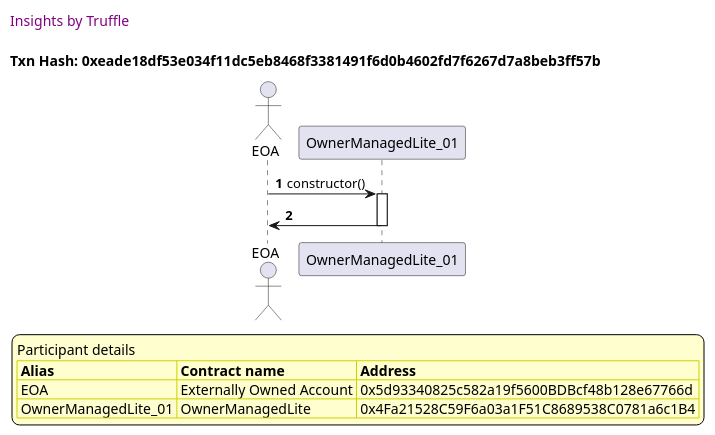
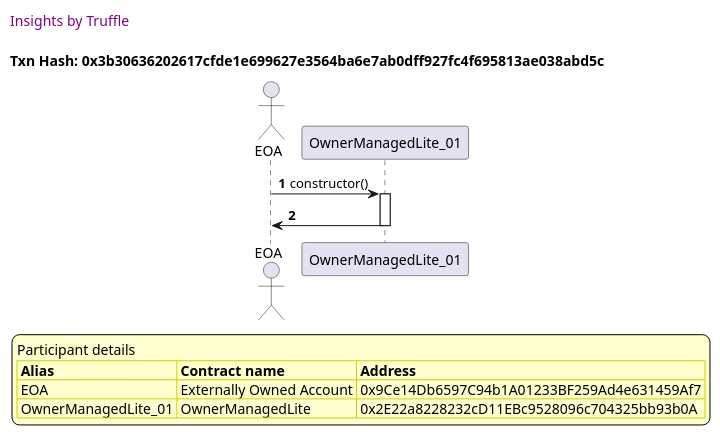
Before and after one commit to thedarkjester/ConsensysAssignment: the fifth of 53 diagrams in truffle-seq/OwnerManagedLite_test_withdraw_and_fallback.md, drawn with PlantUML. The commit also changed other lines of this file and 13 other files, not shown here.

````diff
--- a/truffle-seq/OwnerManagedLite_test_withdraw_and_fallback.md
+++ b/truffle-seq/OwnerManagedLite_test_withdraw_and_fallback.md
@@ -192,37 +192,37 @@
 ```plantuml
 
 
 @startuml
 
 autonumber
 skinparam legendBackgroundColor #FEFECE
 
 <style>
       header {
         HorizontalAlignment left
         FontColor purple
         FontSize 14
         Padding 10
       }
     </style>
 
 header Insights by Truffle
 
-title Txn Hash: 0xeade18df53e034f11dc5eb8468f3381491f6d0b4602fd7f6267d7a8beb3ff57b
+title Txn Hash: 0x3b30636202617cfde1e699627e3564ba6e7ab0dff927fc4f695813ae038abd5c
 
 
 actor EOA as "EOA"
 participant OwnerManagedLite_01 as "OwnerManagedLite_01"
 
 "EOA" -> "OwnerManagedLite_01" ++: constructor()
 "OwnerManagedLite_01" -> "EOA" --: 
 
 legend
 Participant details
 <#FEFECE,#D0D000>|= Alias |= Contract name |= Address |
-<#FEFECE>| EOA | Externally Owned Account | 0x5d93340825c582a19f5600BDBcf48b128e67766d |
-<#FEFECE>| OwnerManagedLite_01 | OwnerManagedLite | 0x4Fa21528C59F6a03a1F51C8689538C0781a6c1B4 |
+<#FEFECE>| EOA | Externally Owned Account | 0x9Ce14Db6597C94b1A01233BF259Ad4e631459Af7 |
+<#FEFECE>| OwnerManagedLite_01 | OwnerManagedLite | 0x2E22a8228232cD11EBc9528096c704325bb93b0A |
 endlegend
 
 @enduml
 ```
````
